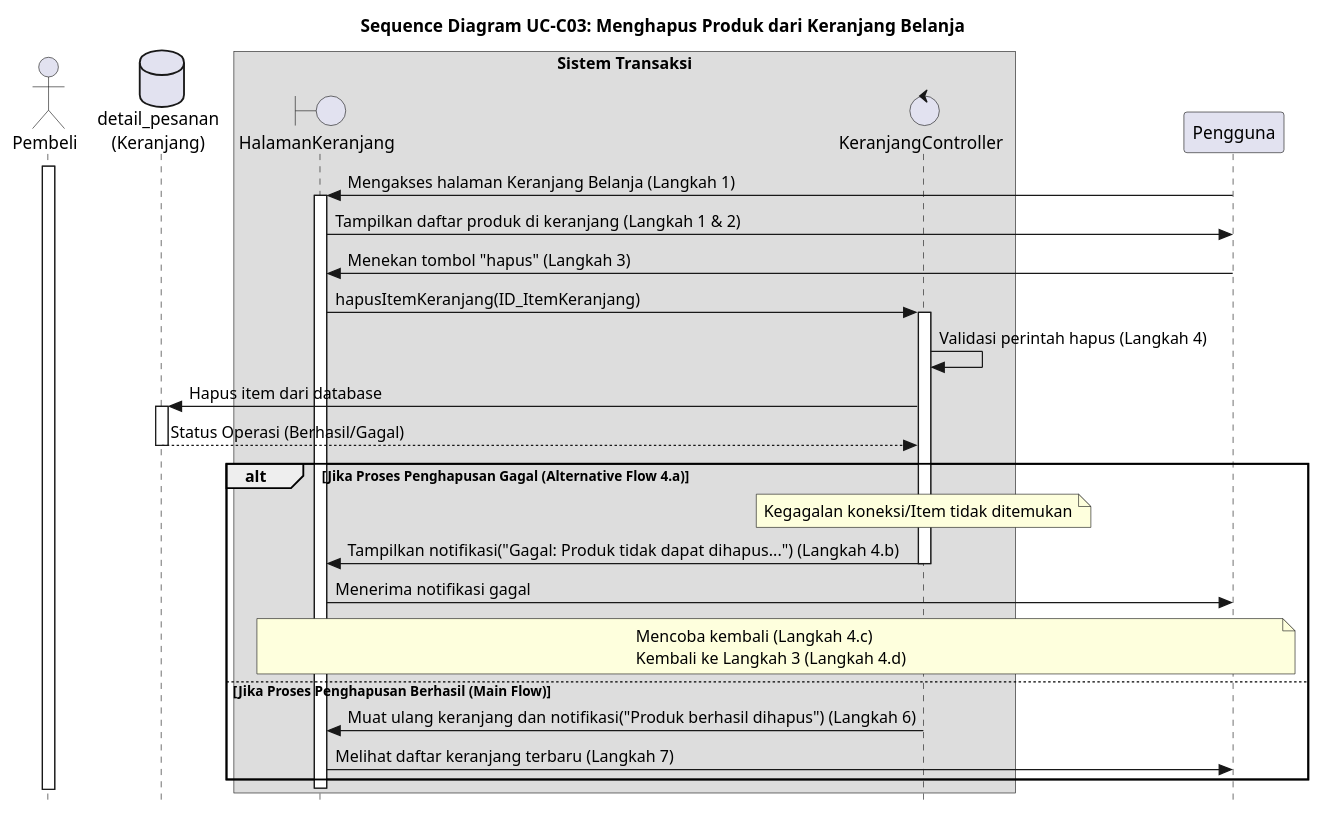
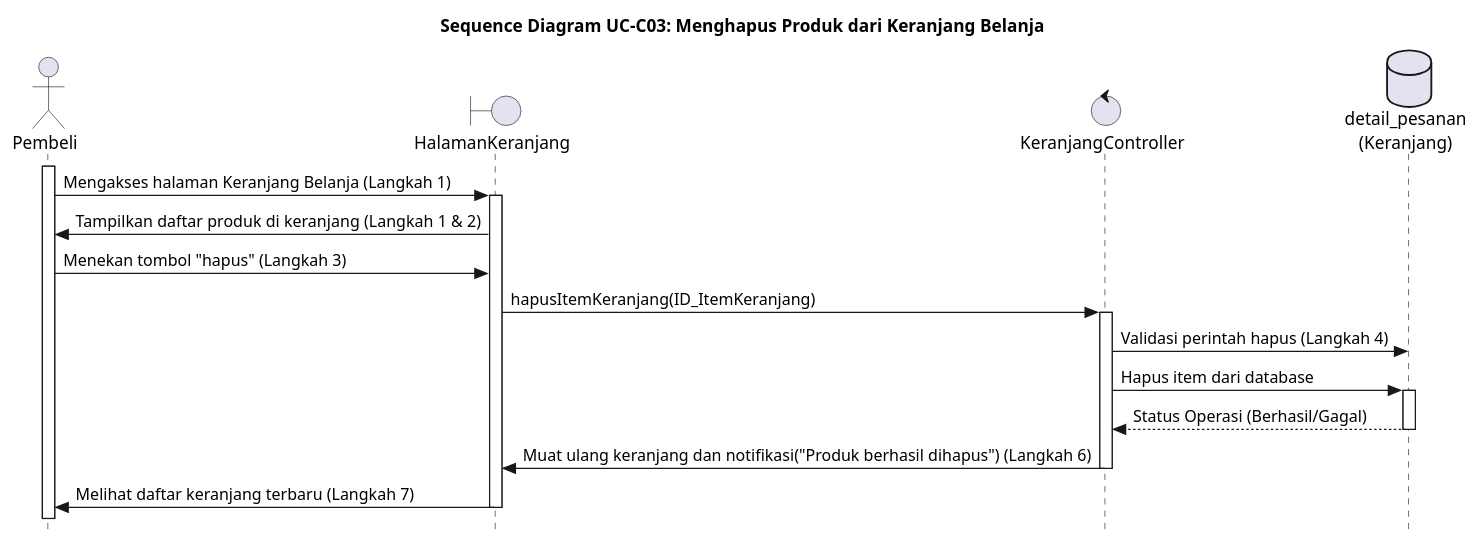
The diagram in UC-C03.PUML (alfiahnurfa/RSI-PROYEK-AKHIR-SEQUENCE), drawn with PlantUML before and after one commit. The commit also changed 57 other files, not shown here.

```diff
--- a/UC-C03.PUML
+++ b/UC-C03.PUML
@@ -1,54 +1,56 @@
 @startuml SD-UC-C03_HapusKeranjang
 title Sequence Diagram UC-C03: Menghapus Produk dari Keranjang Belanja
 skinparam style strictuml
 
 actor Pembeli
 boundary HalamanKeranjang
 control KeranjangController
 database detail_pesanan as "detail_pesanan\n(Keranjang)"
 
-box "Sistem Transaksi"
-    participant HalamanKeranjang
-    participant KeranjangController
-end box
+' box "Sistem Transaksi"
+'     participant HalamanKeranjang
+'     participant KeranjangController
+' end box
 
 activate Pembeli
-Pengguna -> HalamanKeranjang : Mengakses halaman Keranjang Belanja (Langkah 1)
+Pembeli -> HalamanKeranjang : Mengakses halaman Keranjang Belanja (Langkah 1)
 activate HalamanKeranjang
-HalamanKeranjang -> Pengguna : Tampilkan daftar produk di keranjang (Langkah 1 & 2)
+HalamanKeranjang -> Pembeli : Tampilkan daftar produk di keranjang (Langkah 1 & 2)
 
-Pengguna -> HalamanKeranjang : Menekan tombol "hapus" (Langkah 3)
+Pembeli -> HalamanKeranjang : Menekan tombol "hapus" (Langkah 3)
 
 HalamanKeranjang -> KeranjangController : hapusItemKeranjang(ID_ItemKeranjang)
 activate KeranjangController
 
-KeranjangController -> KeranjangController : Validasi perintah hapus (Langkah 4)
+KeranjangController -> detail_pesanan : Validasi perintah hapus (Langkah 4)
 
 KeranjangController -> detail_pesanan : Hapus item dari database
 activate detail_pesanan
 return Status Operasi (Berhasil/Gagal)
 
-alt Jika Proses Penghapusan Gagal (Alternative Flow 4.a)
-    note over KeranjangController
-        Kegagalan koneksi/Item tidak ditemukan
-    end note
-    KeranjangController -> HalamanKeranjang : Tampilkan notifikasi("Gagal: Produk tidak dapat dihapus...") (Langkah 4.b)
-    deactivate KeranjangController
+KeranjangController -> HalamanKeranjang : Muat ulang keranjang dan notifikasi("Produk berhasil dihapus") (Langkah 6)
+deactivate KeranjangController
+
+HalamanKeranjang -> Pembeli : Melihat daftar keranjang terbaru (Langkah 7)
+
+' alt Jika Proses Penghapusan Gagal (Alternative Flow 4.a)
+'     note over KeranjangController
+'         Kegagalan koneksi/Item tidak ditemukan
+'     end note
+'     KeranjangController -> HalamanKeranjang : Tampilkan notifikasi("Gagal: Produk tidak dapat dihapus...") (Langkah 4.b)
+'     deactivate KeranjangController
     
-    HalamanKeranjang -> Pengguna : Menerima notifikasi gagal
+'     HalamanKeranjang -> Pembeli : Menerima notifikasi gagal
     
-    note over Pengguna, HalamanKeranjang
-        Mencoba kembali (Langkah 4.c)
-        Kembali ke Langkah 3 (Langkah 4.d)
-    end note
-else Jika Proses Penghapusan Berhasil (Main Flow)
-    KeranjangController -> HalamanKeranjang : Muat ulang keranjang dan notifikasi("Produk berhasil dihapus") (Langkah 6)
-    deactivate KeranjangController
-    
-    HalamanKeranjang -> Pengguna : Melihat daftar keranjang terbaru (Langkah 7)
-end alt
+'     note over Pembeli, HalamanKeranjang
+'         Mencoba kembali (Langkah 4.c)
+'         Kembali ke Langkah 3 (Langkah 4.d)
+'     end note
+' else Jika Proses Penghapusan Berhasil (Main Flow)
+
+' end alt
 
 deactivate HalamanKeranjang
 deactivate detail_pesanan
 
 @enduml
```
